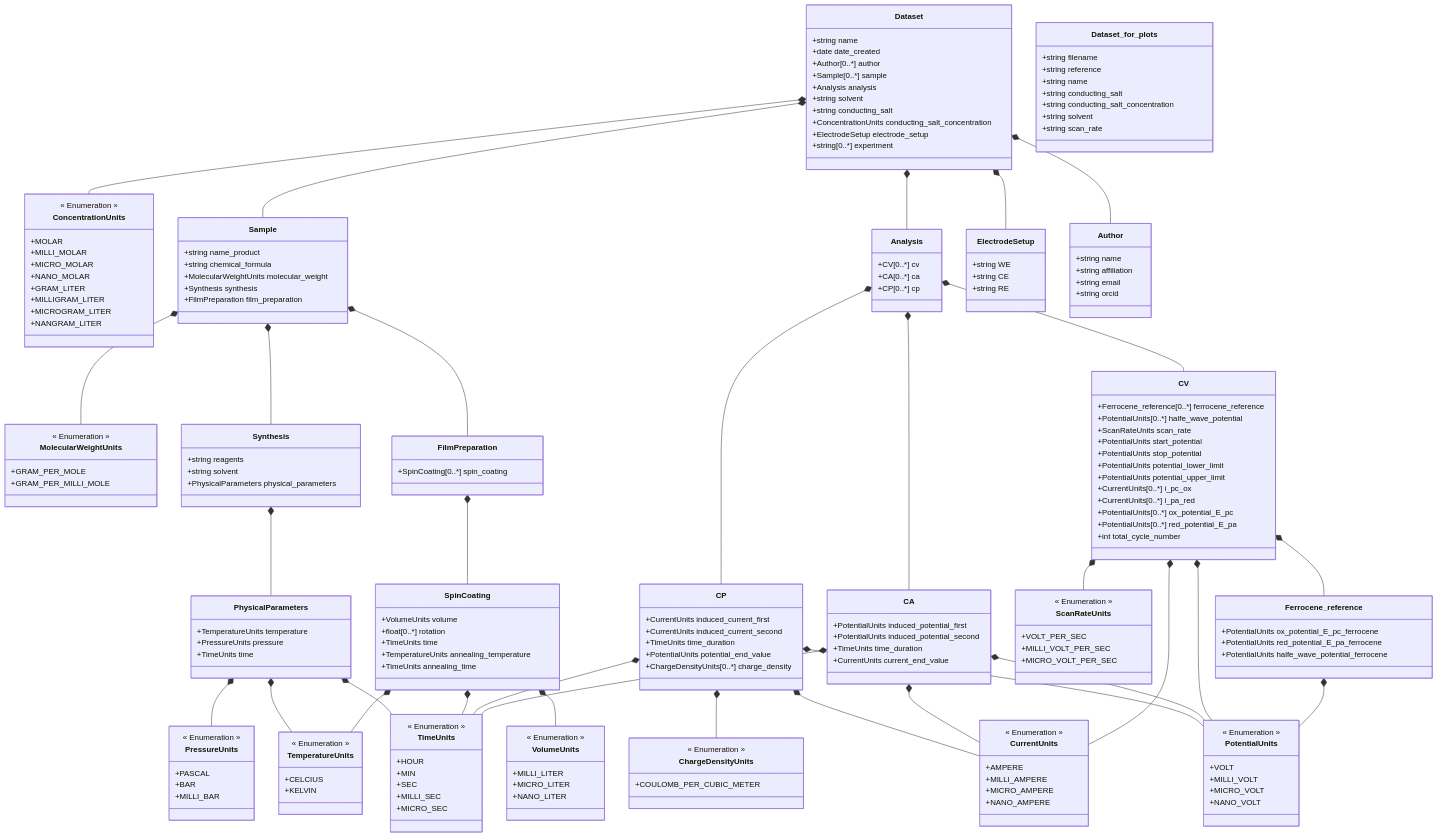
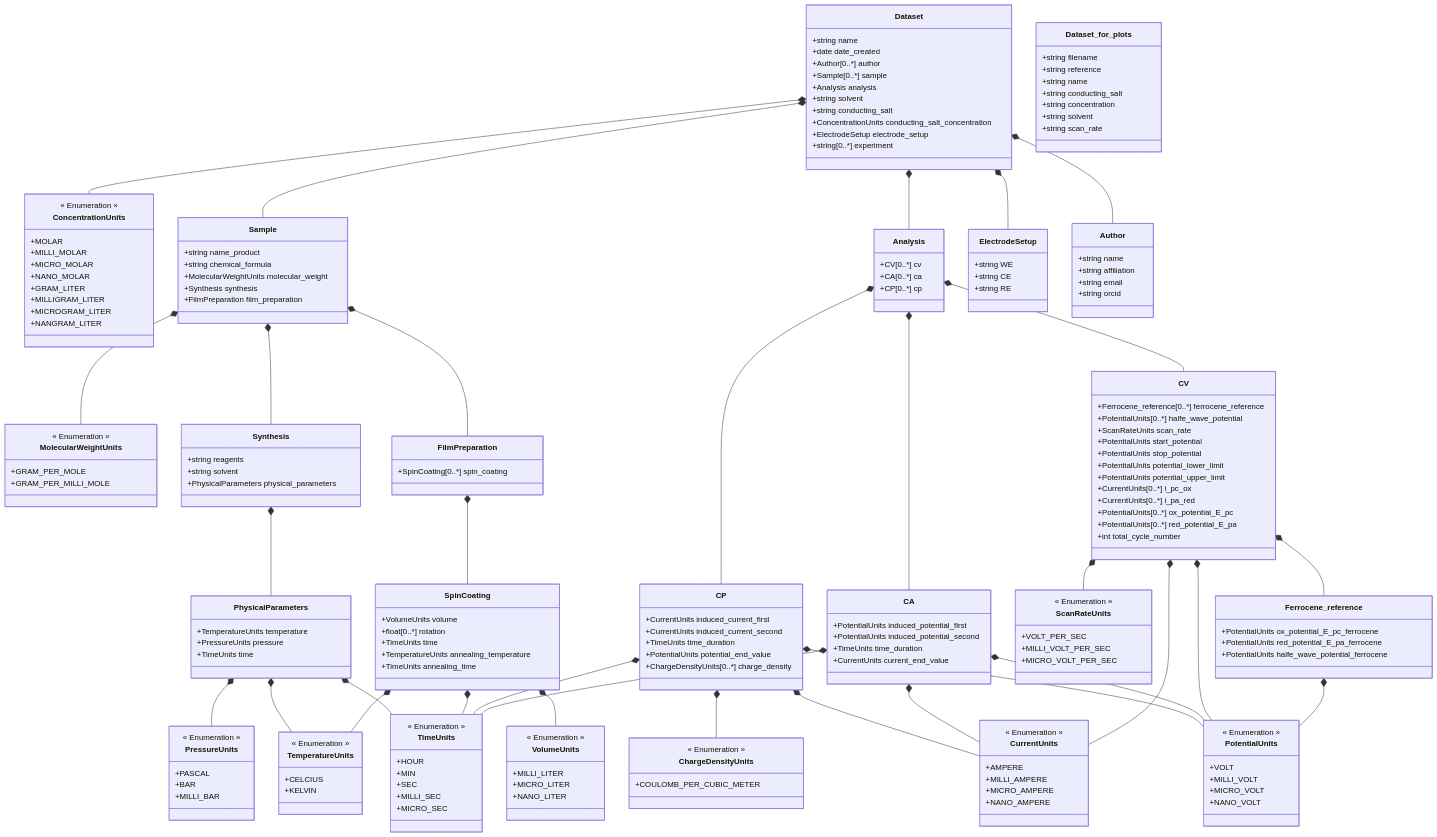
One commit to FAIRChemistry/datamodel-electrochemistry changed the diagram in ElectrochemistryDataModel/schemes/electrochemistrydatamodel_schema.md. Above: the diagram before and after it, drawn with Mermaid. The commit also changed 15 other files, not shown here.

```diff
--- a/ElectrochemistryDataModel/schemes/electrochemistrydatamodel_schema.md
+++ b/ElectrochemistryDataModel/schemes/electrochemistrydatamodel_schema.md
@@ -88,7 +88,7 @@
         +string reference
         +string name
         +string conducting_salt
-        +string conducting_salt_concentration
+        +string concentration
         +string solvent
         +string scan_rate
     }
```
